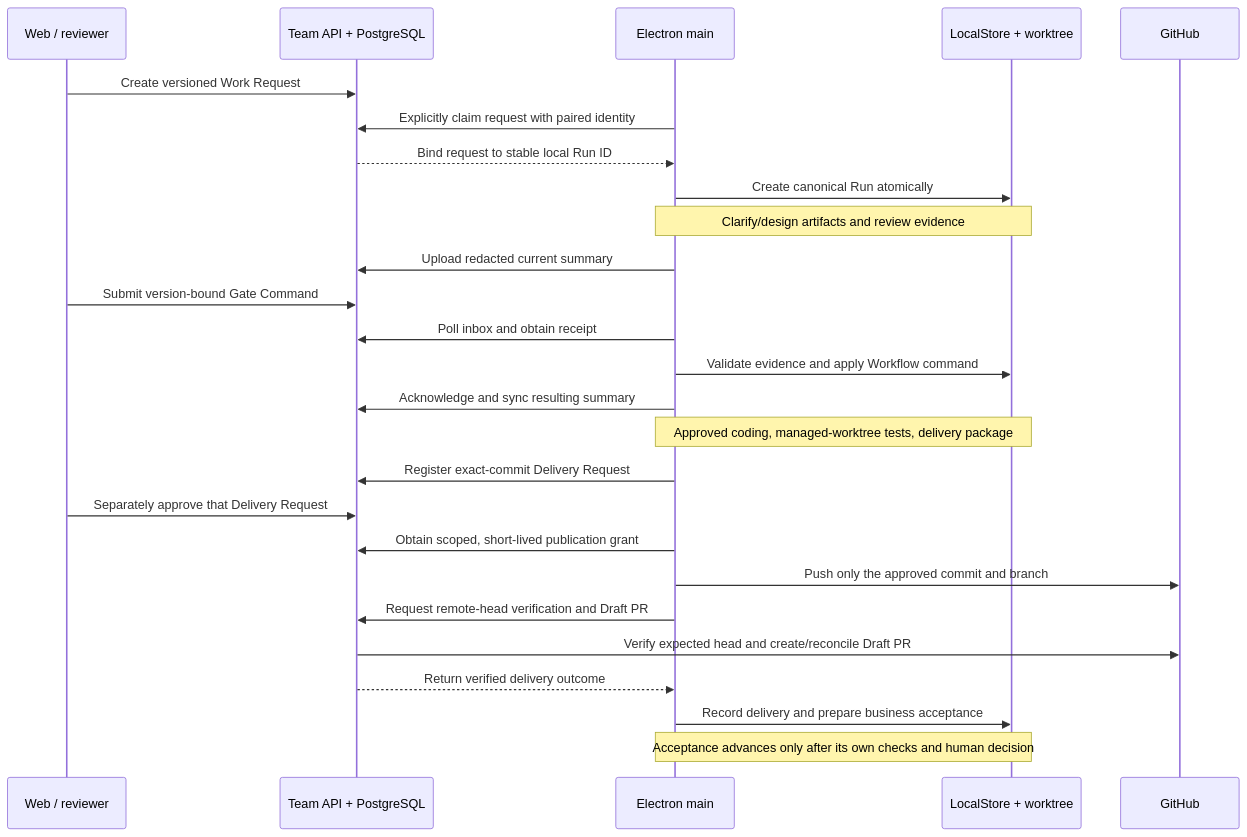
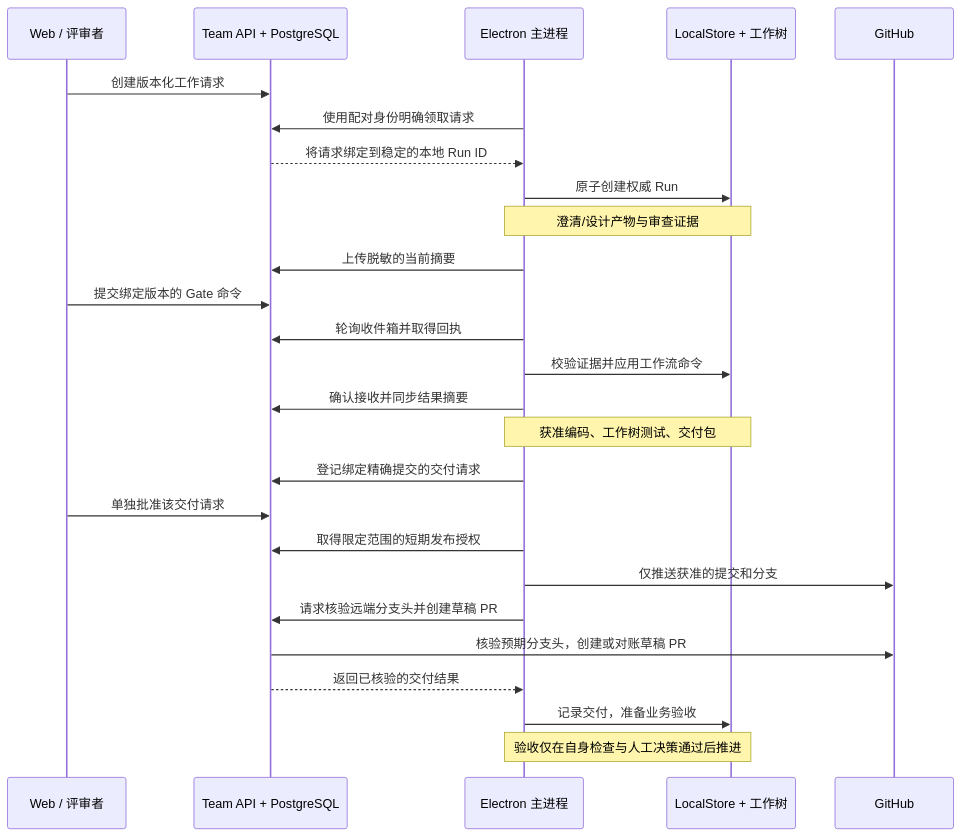
One commit to erich04/ai-devflow-studio changed the second of 2 diagrams in README.md. Above: the diagram before and after it, drawn with Mermaid. The commit also changed other lines of this file and 79 other files, not shown here.

````diff
--- a/README.md
+++ b/README.md
@@ -208,28 +224,28 @@
 ```mermaid
 sequenceDiagram
-    participant Web as Web / reviewer
+    participant Web as Web / 评审者
     participant API as Team API + PostgreSQL
-    participant Desktop as Electron main
-    participant Local as LocalStore + worktree
+    participant Desktop as Electron 主进程
+    participant Local as LocalStore + 工作树
     participant GitHub as GitHub
-    Web->>API: Create versioned Work Request
-    Desktop->>API: Explicitly claim request with paired identity
-    API-->>Desktop: Bind request to stable local Run ID
-    Desktop->>Local: Create canonical Run atomically
-    Note over Desktop,Local: Clarify/design artifacts and review evidence
-    Desktop->>API: Upload redacted current summary
-    Web->>API: Submit version-bound Gate Command
-    Desktop->>API: Poll inbox and obtain receipt
-    Desktop->>Local: Validate evidence and apply Workflow command
-    Desktop->>API: Acknowledge and sync resulting summary
-    Note over Desktop,Local: Approved coding, managed-worktree tests, delivery package
-    Desktop->>API: Register exact-commit Delivery Request
-    Web->>API: Separately approve that Delivery Request
-    Desktop->>API: Obtain scoped, short-lived publication grant
-    Desktop->>GitHub: Push only the approved commit and branch
-    Desktop->>API: Request remote-head verification and Draft PR
-    API->>GitHub: Verify expected head and create/reconcile Draft PR
-    API-->>Desktop: Return verified delivery outcome
-    Desktop->>Local: Record delivery and prepare business acceptance
-    Note over Desktop,Local: Acceptance advances only after its own checks and human decision
+    Web->>API: 创建版本化工作请求
+    Desktop->>API: 使用配对身份明确领取请求
+    API-->>Desktop: 将请求绑定到稳定的本地 Run ID
+    Desktop->>Local: 原子创建权威 Run
+    Note over Desktop,Local: 澄清/设计产物与审查证据
+    Desktop->>API: 上传脱敏的当前摘要
+    Web->>API: 提交绑定版本的 Gate 命令
+    Desktop->>API: 轮询收件箱并取得回执
+    Desktop->>Local: 校验证据并应用工作流命令
+    Desktop->>API: 确认接收并同步结果摘要
+    Note over Desktop,Local: 获准编码、工作树测试、交付包
+    Desktop->>API: 登记绑定精确提交的交付请求
+    Web->>API: 单独批准该交付请求
+    Desktop->>API: 取得限定范围的短期发布授权
+    Desktop->>GitHub: 仅推送获准的提交和分支
+    Desktop->>API: 请求核验远端分支头并创建草稿 PR
+    API->>GitHub: 核验预期分支头，创建或对账草稿 PR
+    API-->>Desktop: 返回已核验的交付结果
+    Desktop->>Local: 记录交付，准备业务验收
+    Note over Desktop,Local: 验收仅在自身检查与人工决策通过后推进
 ```
````
